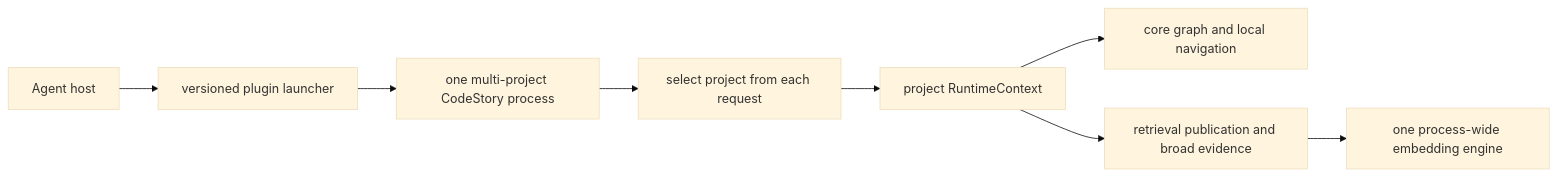
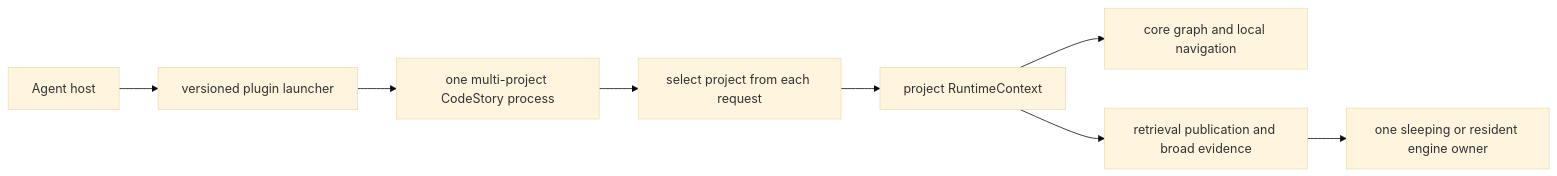
One commit to TheGreenCedar/CodeStory changed the first of 3 diagrams in docs/architecture/overview.md. Above: the diagram before and after it, drawn with Mermaid (base theme). The commit also changed other lines of this file and 17 other files, not shown here.

````diff
--- a/docs/architecture/overview.md
+++ b/docs/architecture/overview.md
@@ -11,10 +11,10 @@
 ```mermaid
 flowchart LR
     Host["Agent host"] --> Launcher["versioned plugin launcher"]
     Launcher --> Stdio["one multi-project CodeStory process"]
     Stdio --> Select["select project from each request"]
     Select --> Runtime["project RuntimeContext"]
     Runtime --> Graph["core graph and local navigation"]
     Runtime --> Retrieval["retrieval publication and broad evidence"]
-    Retrieval --> Engine["one process-wide embedding engine"]
+    Retrieval --> Engine["one sleeping or resident engine owner"]
 ```
````
